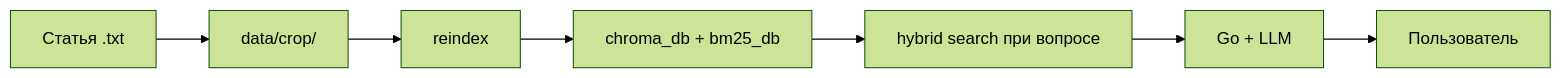
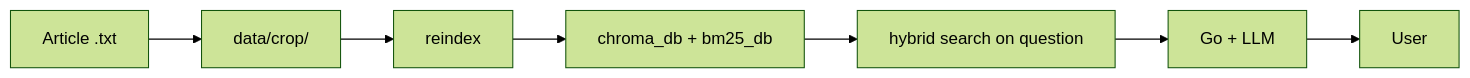
Before and after one commit to kantik001/grounded_horticulture_en: the diagram in docs/knowledge-base/data-pipeline.md, drawn with Mermaid (forest theme). The commit also changed other lines of this file and 189 other files, not shown here.

````diff
--- a/docs/knowledge-base/data-pipeline.md
+++ b/docs/knowledge-base/data-pipeline.md
@@ -21,9 +20,9 @@
 ```mermaid
 flowchart LR
-    A[Статья .txt] --> B[data/crop/]
+    A[Article .txt] --> B[data/crop/]
     B --> C[reindex]
     C --> D[chroma_db + bm25_db]
-    D --> E[hybrid search при вопросе]
+    D --> E[hybrid search on question]
     E --> F[Go + LLM]
-    F --> G[Пользователь]
+    F --> G[User]
 ```
````
